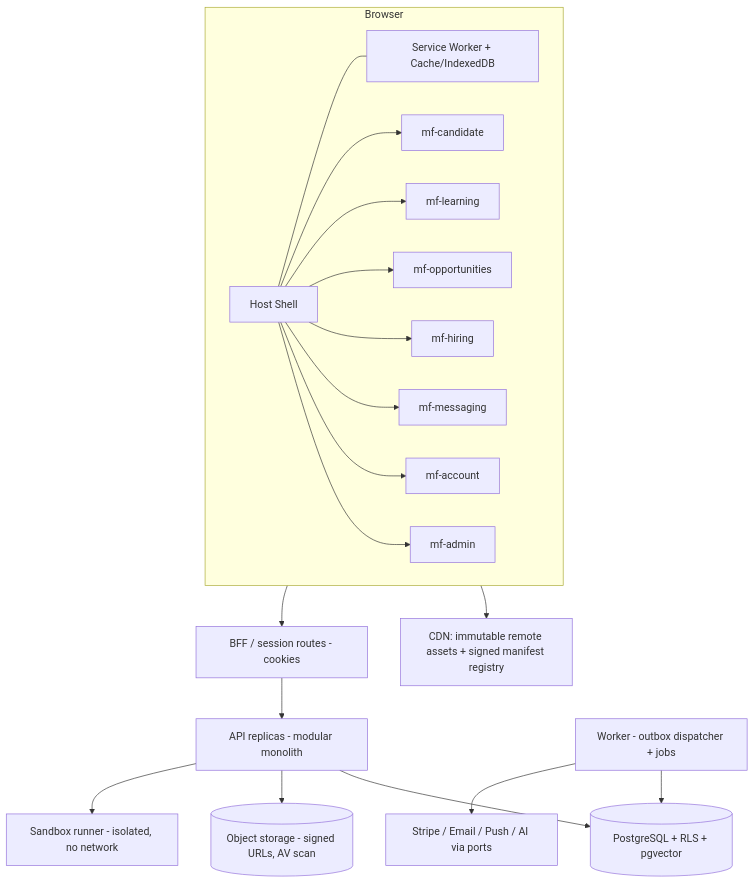
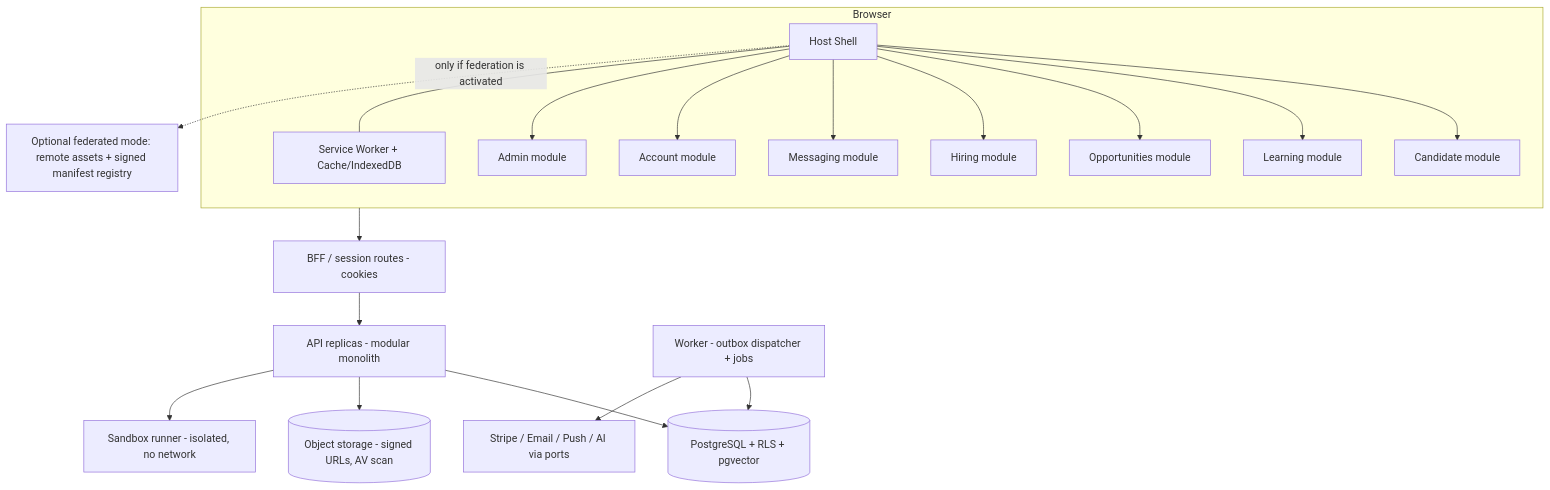
Before and after one commit to yhsomani/talentsphere-complete: the second of 7 diagrams in Yash_Final_Project_Document/25_DIAGRAM_LIBRARY/SYSTEM_DIAGRAMS.md, drawn with Mermaid. The commit also changed other lines of this file and 98 other files, not shown here.

````diff
--- a/Yash_Final_Project_Document/25_DIAGRAM_LIBRARY/SYSTEM_DIAGRAMS.md
+++ b/Yash_Final_Project_Document/25_DIAGRAM_LIBRARY/SYSTEM_DIAGRAMS.md
@@ -22,37 +22,37 @@
 ```mermaid
 flowchart TB
   subgraph Browser
     SW[Service Worker + Cache/IndexedDB]
     Shell[Host Shell]
-    R1[mf-candidate]
-    R2[mf-learning]
-    R3[mf-opportunities]
-    R4[mf-hiring]
-    R5[mf-messaging]
-    R6[mf-account]
-    R7[mf-admin]
+    R1[Candidate module]
+    R2[Learning module]
+    R3[Opportunities module]
+    R4[Hiring module]
+    R5[Messaging module]
+    R6[Account module]
+    R7[Admin module]
     Shell --> R1
     Shell --> R2
     Shell --> R3
     Shell --> R4
     Shell --> R5
     Shell --> R6
     Shell --> R7
     Shell --- SW
   end
-  CDN[CDN: immutable remote assets + signed manifest registry]
+  CDN[Optional federated mode: remote assets + signed manifest registry]
   BFF[BFF / session routes - cookies]
   API[API replicas - modular monolith]
   W[Worker - outbox dispatcher + jobs]
   SBX[Sandbox runner - isolated, no network]
   PG[(PostgreSQL + RLS + pgvector)]
   OBJ[(Object storage - signed URLs, AV scan)]
-  Browser --> CDN
+  Shell -. only if federation is activated .-> CDN
   Browser --> BFF
   BFF --> API
   API --> PG
   API --> OBJ
   W --> PG
   W --> Ext[Stripe / Email / Push / AI via ports]
   API --> SBX
 ```
````
